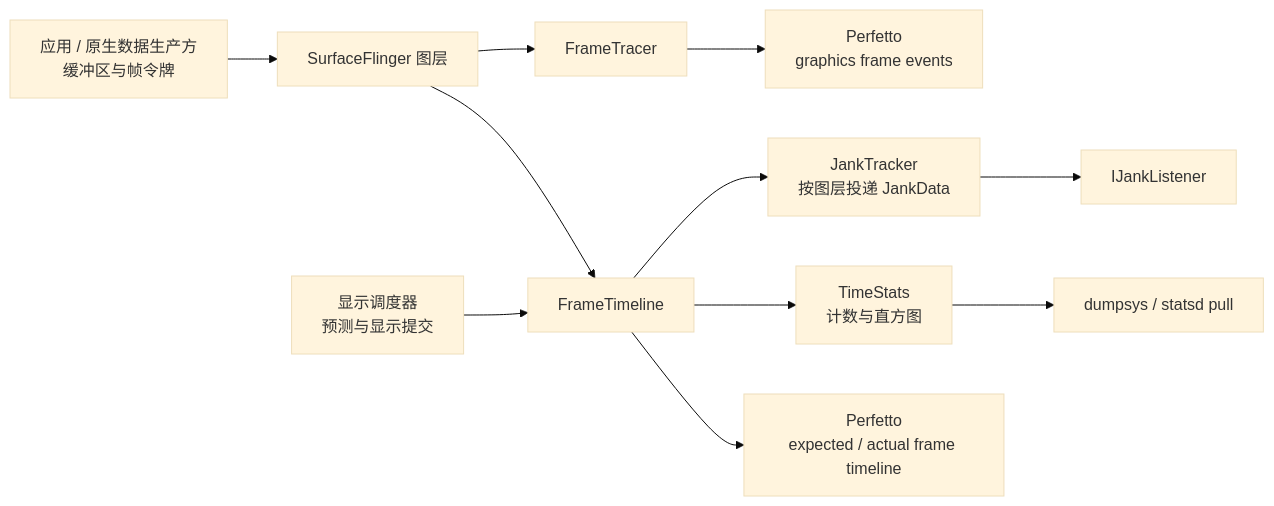
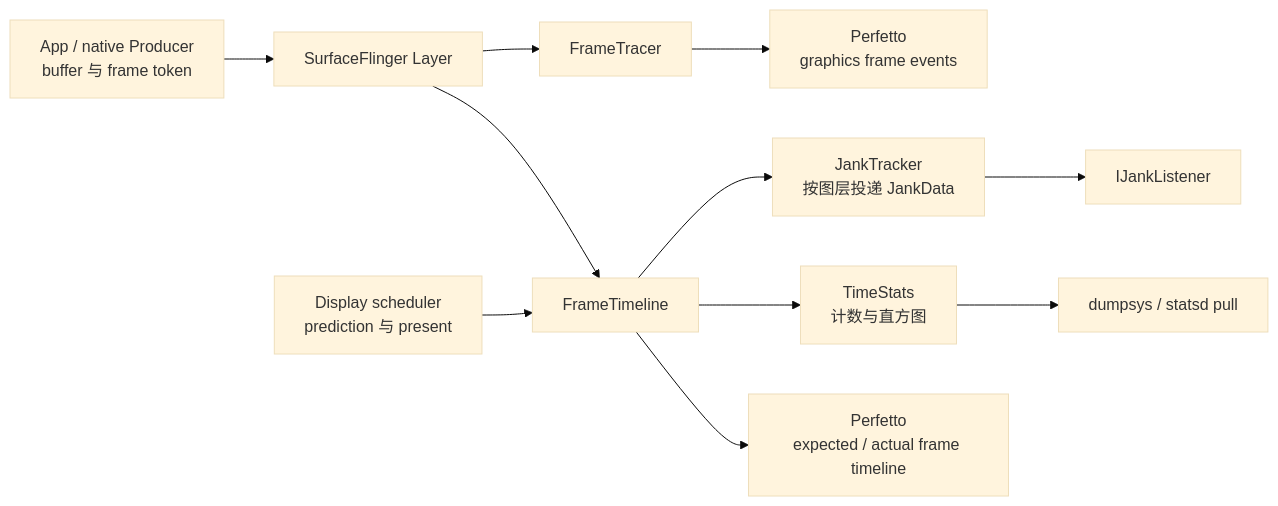
Before and after one commit to Gracker/android-internals-wiki: the diagram in src/part1-fundamentals/ch02-rendering/2.52-android17-gpu-debug-performance-tools.md, drawn with Mermaid (base theme). The commit also changed other lines of this file and 4 other files, not shown here.

````diff
--- a/src/part1-fundamentals/ch02-rendering/2.52-android17-gpu-debug-performance-tools.md
+++ b/src/part1-fundamentals/ch02-rendering/2.52-android17-gpu-debug-performance-tools.md
@@ -67,13 +67,13 @@
 ```mermaid
 flowchart LR
-    A["应用 / 原生数据生产方<br/>缓冲区与帧令牌"] --> L["SurfaceFlinger 图层"]
-    D["显示调度器<br/>预测与显示提交"] --> FT["FrameTimeline"]
+    A["App / native Producer<br/>buffer 与 frame token"] --> L["SurfaceFlinger Layer"]
+    D["Display scheduler<br/>prediction 与 present"] --> FT["FrameTimeline"]
     L --> FT
     L --> FR["FrameTracer"]
     FT --> P1["Perfetto<br/>expected / actual frame timeline"]
     FR --> P2["Perfetto<br/>graphics frame events"]
     FT --> TS["TimeStats<br/>计数与直方图"]
     FT --> JT["JankTracker<br/>按图层投递 JankData"]
     TS --> DS["dumpsys / statsd pull"]
     JT --> JL["IJankListener"]
 ```
````
